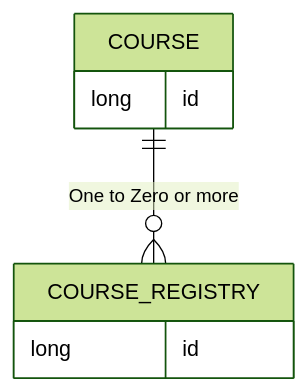
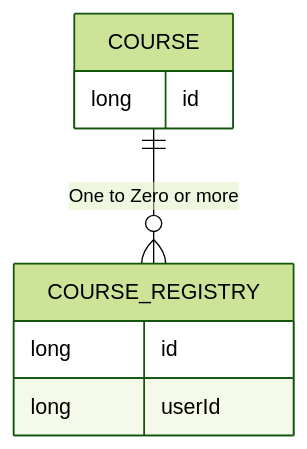
The diagram in README.md (newbieJanghan/hh_plus_2), drawn with Mermaid (forest theme) before and after one commit. The commit also changed other lines of this file, not shown here.

````diff
--- a/README.md
+++ b/README.md
@@ -9,10 +12,11 @@
 ```mermaid
 erDiagram
-    COURSE ||--o{ COURSE_REGISTRY : "One to Zero or more"
+    COURSE ||--o{ COURSE_REGISTRY: "One to Zero or more"
     COURSE {
         long id
     }
     COURSE_REGISTRY {
         long id
+        long userId
     }
 ```
````
